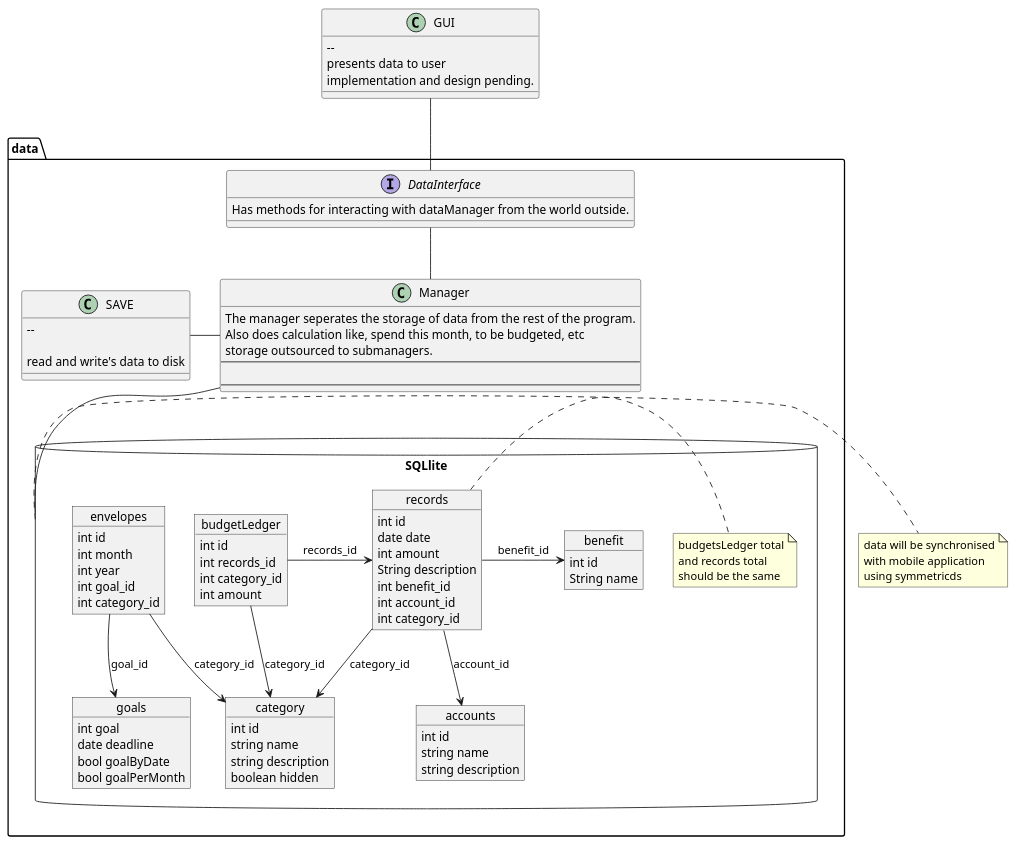
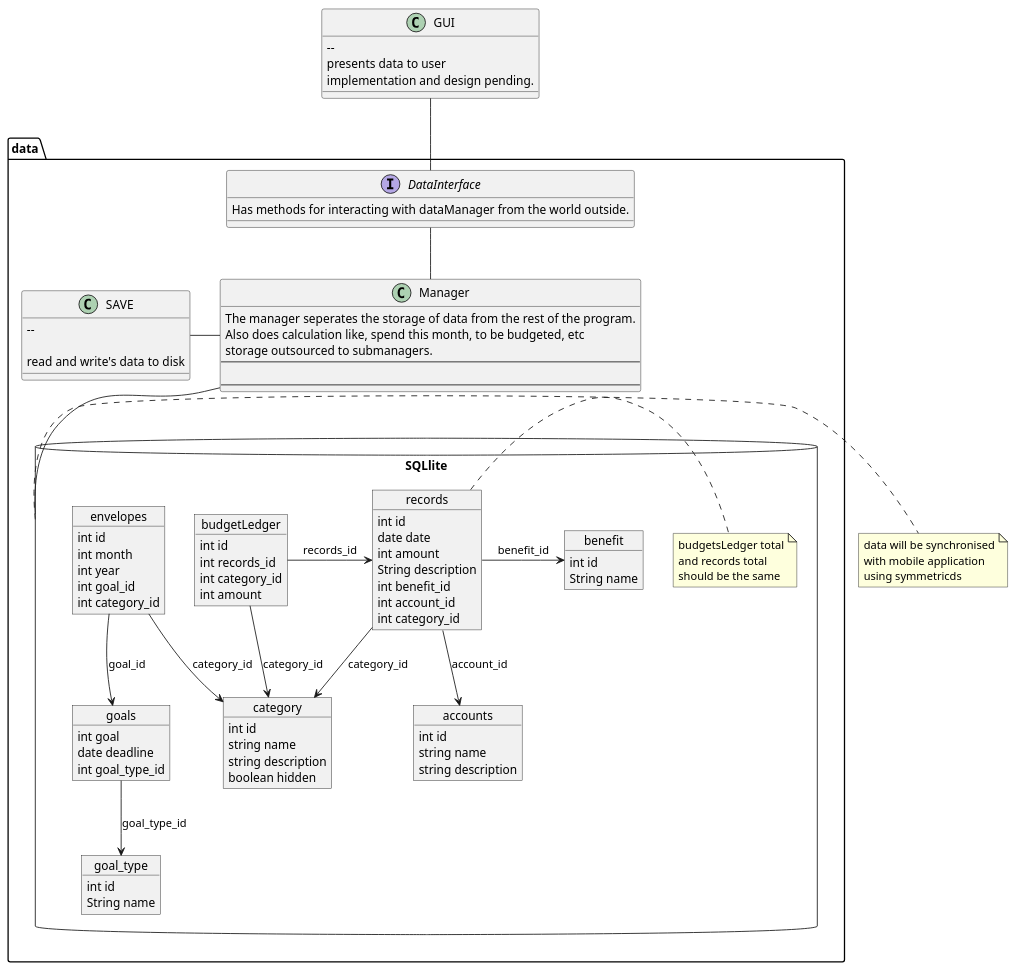
The diagram in doc/envelopeBudget.plantuml (gorgabal/EnvelopeBudget), drawn with PlantUML before and after one commit. The commit also changed 1 other file, not shown here.

Commit message:
database scheme now has a goal_type

```diff
--- a/doc/envelopeBudget.plantuml
+++ b/doc/envelopeBudget.plantuml
@@ -1,117 +1,122 @@
 @startuml
 
 
 package data{
 
 
 interface DataInterface{
     Has methods for interacting with dataManager from the world outside.
 }
 
     class Manager{
     The manager seperates the storage of data from the rest of the program.
     Also does calculation like, spend this month, to be budgeted, etc
     storage outsourced to submanagers.
     ----
 
     ----
     }
 
     class SAVE{
 
     --
 
     read and write's data to disk
     }
 
     package SQLlite <<Database>> {
         object accounts{
             int id
             string name
             string description
         }
         object records{
             int id
             date date
             int amount
             String description
             int benefit_id
             int account_id
             int category_id
 
         }
 
         object envelopes{
             int id
             int month
             int year
             int goal_id
             int category_id
         }
 
         object category{
             int id
             string name
             string description
             boolean hidden
         }
 
         object goals{
             int goal
             date deadline
-            bool goalByDate
-            bool goalPerMonth
+            int goal_type_id
         }
 
         object budgetLedger{
 
             int id
             int records_id
             int category_id
             int amount
         }
 
         object benefit {
             int id
             String name
         }
 
+        object goal_type{
+            int id
+            String name
+        }
+
         note right of records
         budgetsLedger total
         and records total
         should be the same
         end note
 
        records --> accounts : account_id
        records --> category : category_id
        records -> benefit : benefit_id
        envelopes --> goals : goal_id
+       goals --> goal_type : goal_type_id
        envelopes --> category : category_id
        budgetLedger --> category : category_id
        budgetLedger -> records : records_id
 
     }
 
 }
 note right of SQLlite
     data will be synchronised
     with mobile application
     using symmetricds
 end note
 class GUI{
 
     --
     presents data to user
     implementation and design pending.
     }
 
 
 
 GUI -- DataInterface
 SAVE - Manager
 DataInterface -- Manager
 Manager -- SQLlite
 
 
 
 @enduml
```
